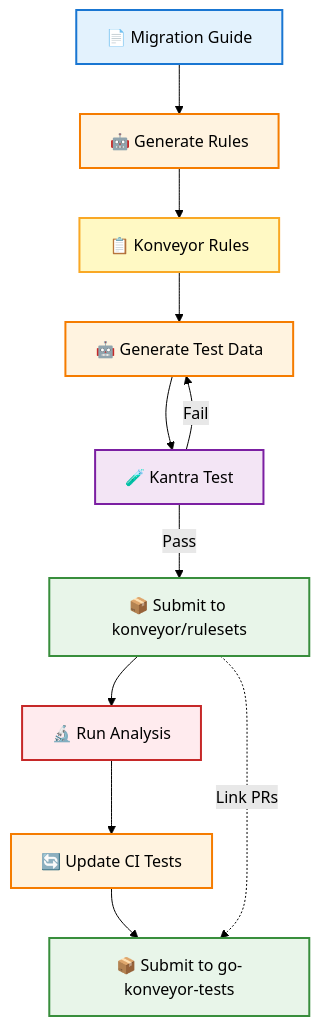
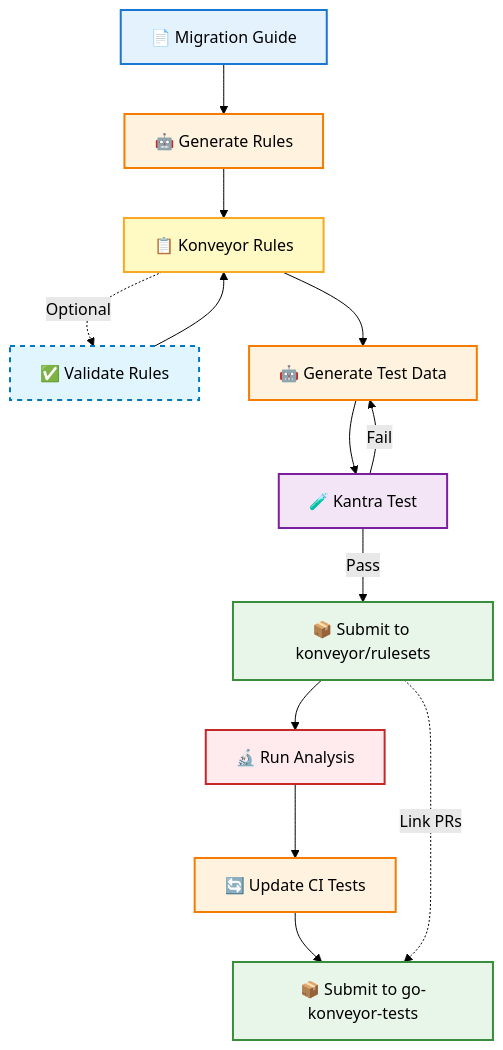
Before and after one commit to tsanders-rh/analyzer-rule-generator: the diagram in README.md, drawn with Mermaid (forest theme). The commit also changed other lines of this file and 3 other files, not shown here.

````diff
--- a/README.md
+++ b/README.md
@@ -73,26 +74,29 @@
 ```mermaid
 flowchart TD
     A[📄 Migration Guide] --> B[🤖 Generate Rules]
     B --> C[📋 Konveyor Rules]
+    C -.Optional.-> C1[✅ Validate Rules]
+    C1 --> C
     C --> D[🤖 Generate Test Data]
     D --> E[🧪 Kantra Test]
 
     E -->|Pass| F[📦 Submit to konveyor/rulesets]
     E -->|Fail| D
 
     F --> G[🔬 Run Analysis]
     G --> H[🔄 Update CI Tests]
     H --> I[📦 Submit to go-konveyor-tests]
 
     F -.Link PRs.-> I
 
     style A fill:#e3f2fd,stroke:#1976d2,stroke-width:2px
     style B fill:#fff3e0,stroke:#f57c00,stroke-width:2px
     style C fill:#fff9c4,stroke:#f9a825,stroke-width:2px
+    style C1 fill:#e1f5fe,stroke:#0277bd,stroke-width:2px,stroke-dasharray: 5 5
     style D fill:#fff3e0,stroke:#f57c00,stroke-width:2px
     style E fill:#f3e5f5,stroke:#7b1fa2,stroke-width:2px
     style F fill:#e8f5e9,stroke:#388e3c,stroke-width:2px
     style G fill:#ffebee,stroke:#c62828,stroke-width:2px
     style H fill:#fff3e0,stroke:#f57c00,stroke-width:2px
     style I fill:#e8f5e9,stroke:#388e3c,stroke-width:2px
 ```
````
